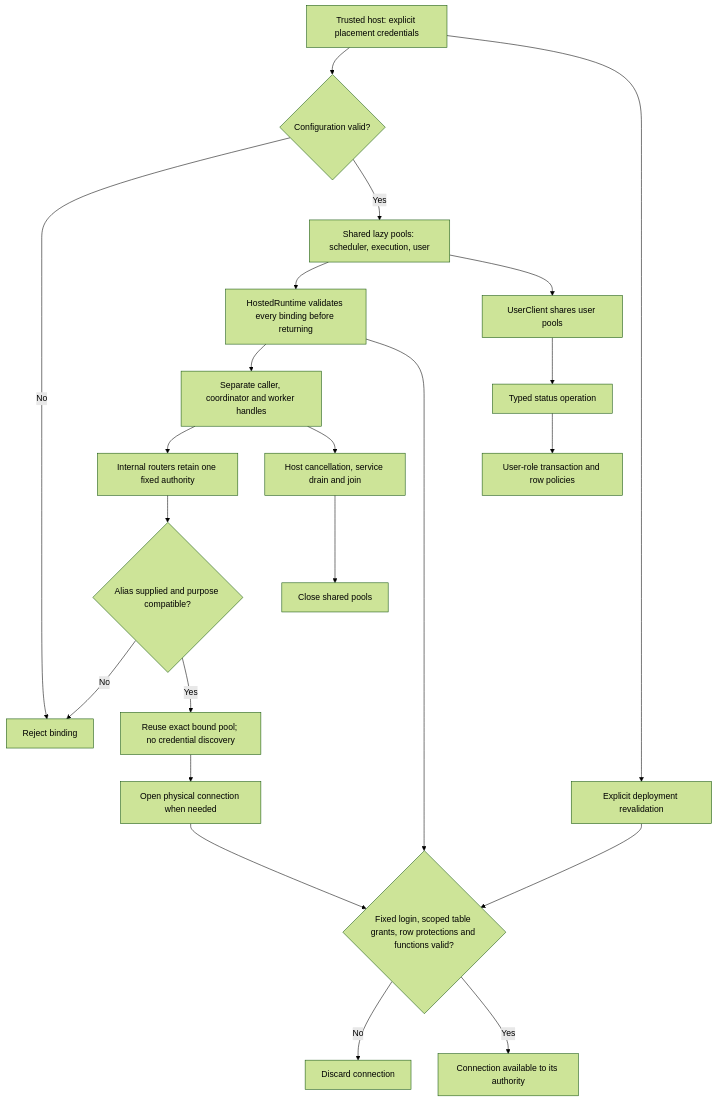
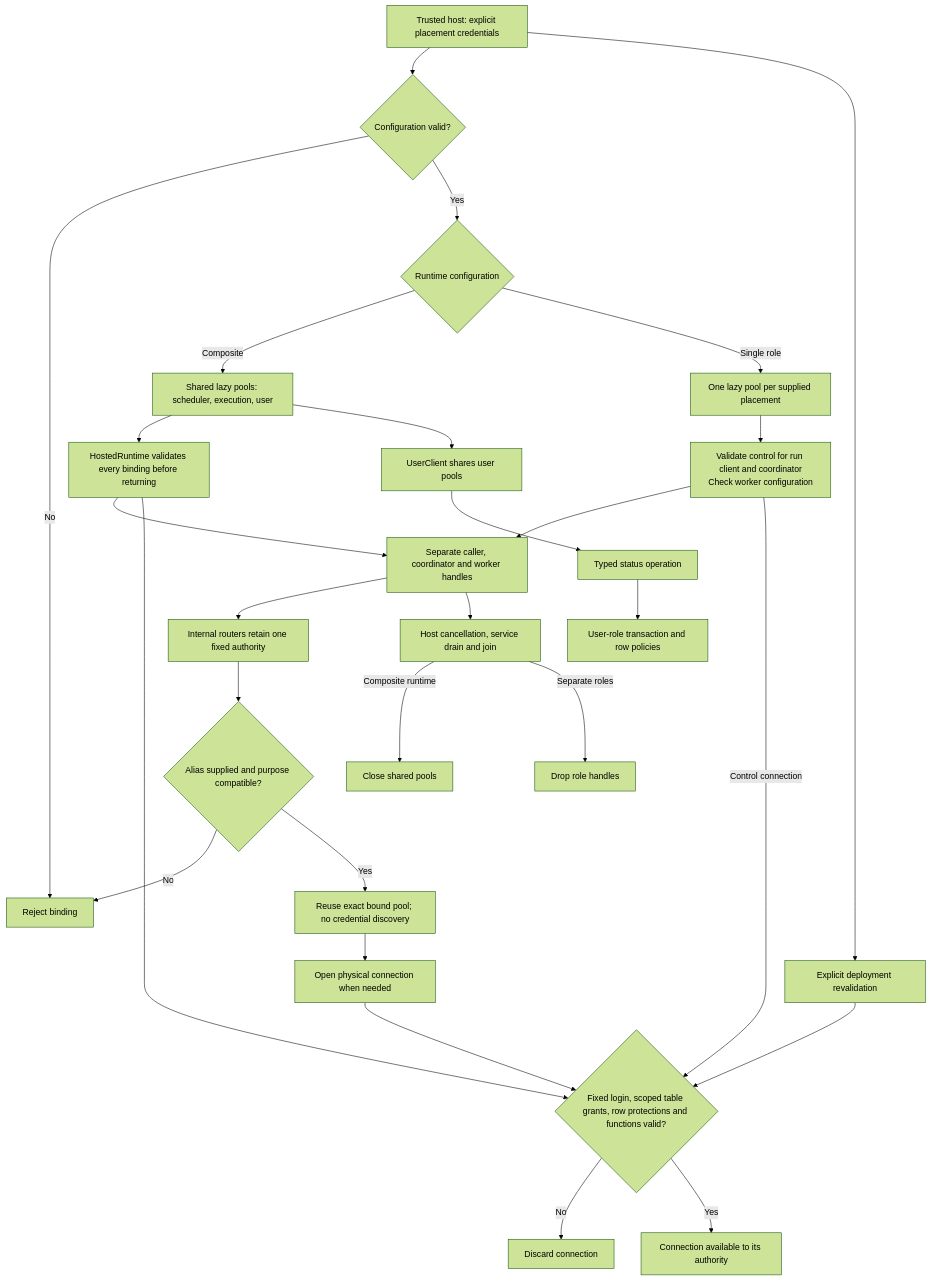
The diagram in web/docs/architecture/structure/components/vigilo/binding-flow.mmd (agent-vigilo/vigilo), drawn with Mermaid (forest theme) before and after one commit. The commit also changed 15 other files, not shown here.

```diff
--- a/web/docs/architecture/structure/components/vigilo/binding-flow.mmd
+++ b/web/docs/architecture/structure/components/vigilo/binding-flow.mmd
@@ -1,22 +1,28 @@
 flowchart TD
     Host[Trusted host: explicit placement credentials] --> Config{Configuration valid?}
     Config -->|No| Reject[Reject binding]
-    Config -->|Yes| Pools[Shared lazy pools: scheduler, execution, user]
+    Config -->|Yes| Mode{Runtime configuration}
+    Mode -->|Composite| Pools[Shared lazy pools: scheduler, execution, user]
     Pools --> Startup[HostedRuntime validates every binding before returning]
     Startup --> Services[Separate caller, coordinator and worker handles]
+    Mode -->|Single role| Scoped[One lazy pool per supplied placement]
+    Scoped --> ScopedStartup["Validate control for run client and coordinator<br/>Check worker configuration"]
+    ScopedStartup --> Services
     Services --> Routing[Internal routers retain one fixed authority]
     Routing --> Bound{Alias supplied and purpose compatible?}
     Bound -->|No| Reject
     Bound -->|Yes| Reuse[Reuse exact bound pool; no credential discovery]
     Reuse --> Connect[Open physical connection when needed]
     Connect --> Guard{Fixed login, scoped table grants, row protections and functions valid?}
     Guard -->|No| Close[Discard connection]
     Guard -->|Yes| Ready[Connection available to its authority]
     Pools --> Client[UserClient shares user pools]
     Client --> Status[Typed status operation]
     Status --> User[User-role transaction and row policies]
     Host --> Revalidate[Explicit deployment revalidation]
     Revalidate --> Guard
     Startup --> Guard
+    ScopedStartup -->|Control connection| Guard
     Services --> Cancel[Host cancellation, service drain and join]
-    Cancel --> Shutdown[Close shared pools]
+    Cancel -->|Composite runtime| Shutdown[Close shared pools]
+    Cancel -->|Separate roles| Release[Drop role handles]
```
